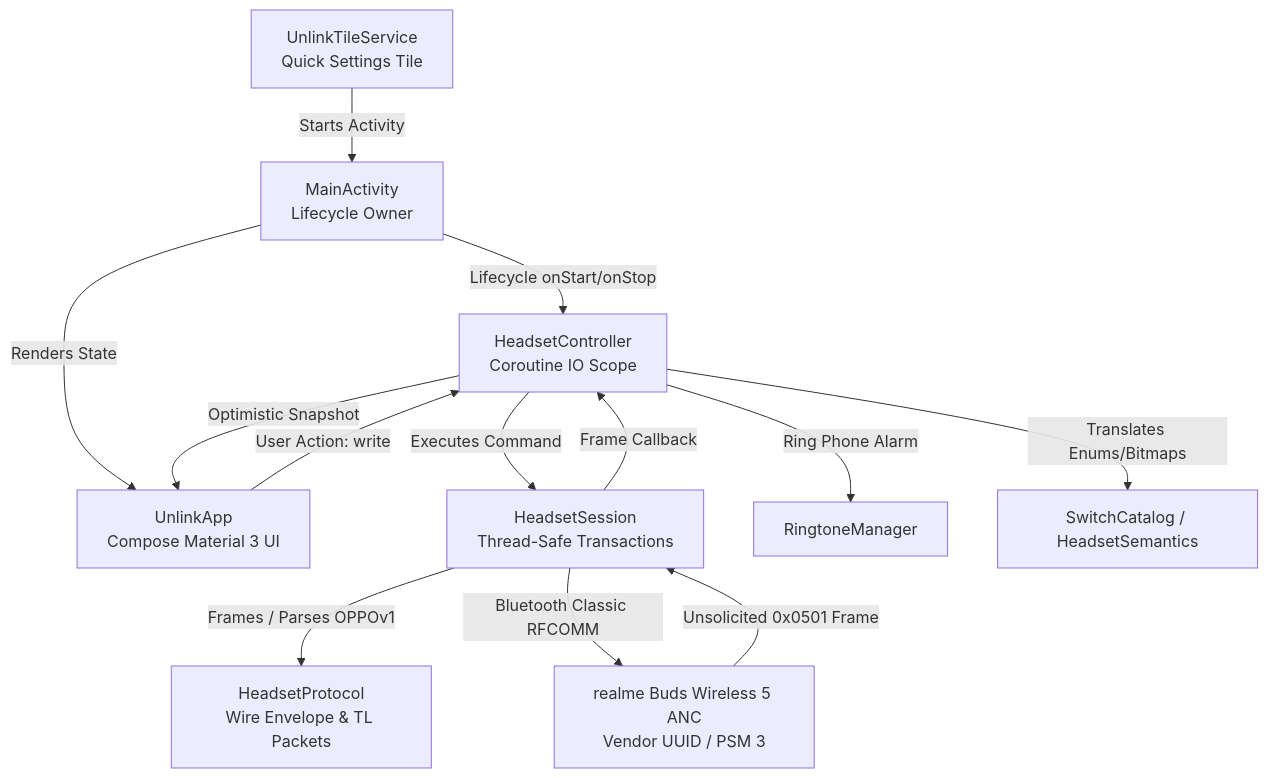
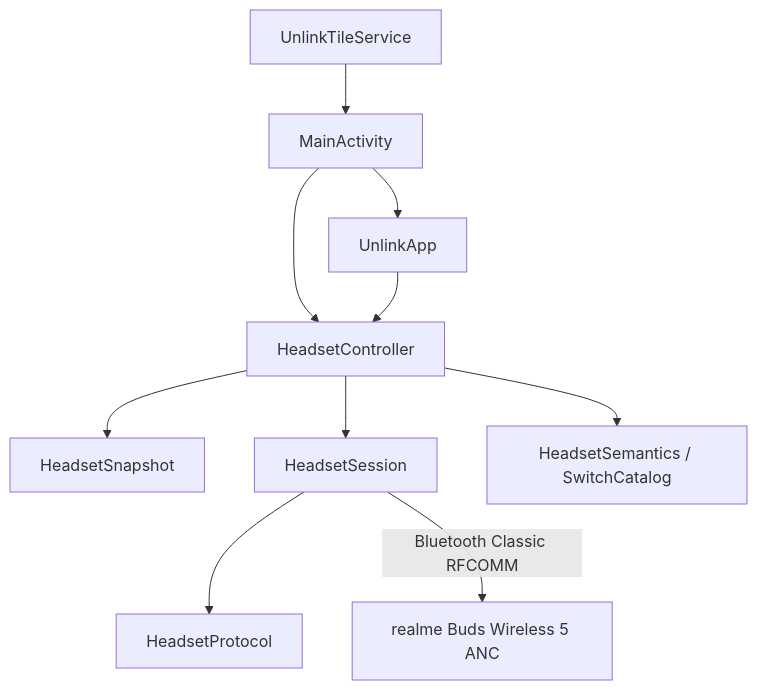
One commit to eggmasonvalue/realme-unlink changed the diagram in context/MAP.md. Above: the diagram before and after it, drawn with Mermaid. The commit also changed other lines of this file and 39 other files, not shown here.

Commit message:
Redesign controls and validate headset protocol

````diff
--- a/context/MAP.md
+++ b/context/MAP.md
@@ -5,19 +5,12 @@
 ```mermaid
 graph TD
-    QS[UnlinkTileService<br/>Quick Settings Tile] -->|Starts Activity| MA[MainActivity<br/>Lifecycle Owner]
-    MA -->|Lifecycle onStart/onStop| HC[HeadsetController<br/>Coroutine IO Scope]
-    MA -->|Renders State| UI[UnlinkApp<br/>Compose Material 3 UI]
-
-    UI -->|User Action: write| HC
-    HC -->|Optimistic Snapshot| UI
-    HC -->|Executes Command| HS[HeadsetSession<br/>Thread-Safe Transactions]
-    
-    HS -->|Frames / Parses OPPOv1| HP[HeadsetProtocol<br/>Wire Envelope & TL Packets]
-    HS -->|Bluetooth Classic RFCOMM| HW[realme Buds Wireless 5 ANC<br/>Vendor UUID / PSM 3]
-    
-    HW -->|Unsolicited 0x0501 Frame| HS
-    HS -->|Frame Callback| HC
-    HC -->|Ring Phone Alarm| RM[RingtoneManager]
-    
-    HC -->|Translates Enums/Bitmaps| SC[SwitchCatalog / HeadsetSemantics]
+    QS[UnlinkTileService] --> MA[MainActivity]
+    MA --> HC[HeadsetController]
+    MA --> UI[UnlinkApp]
+    UI --> HC
+    HC --> SS[HeadsetSnapshot]
+    HC --> HS[HeadsetSession]
+    HS --> HP[HeadsetProtocol]
+    HS -->|Bluetooth Classic RFCOMM| HW[realme Buds Wireless 5 ANC]
+    HC --> DS[HeadsetSemantics / SwitchCatalog]
 ```
````
